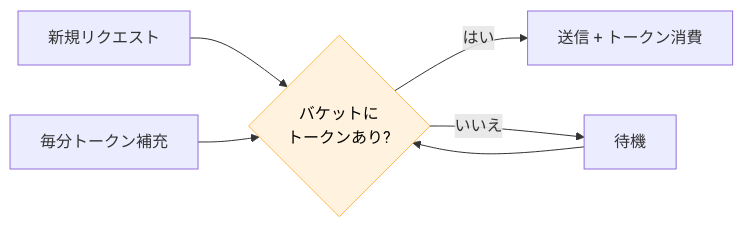
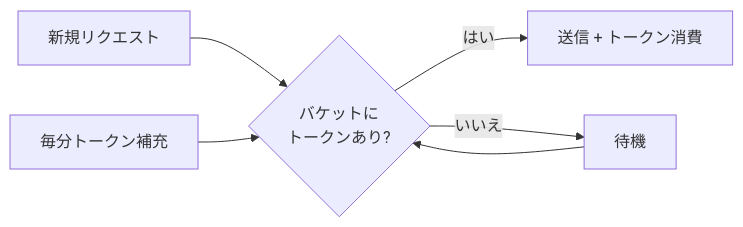
The second of 3 diagrams in docs/tech-notes/llm-api-のレート制限との付き合い方.md (dinekt/dinekt-wiki), drawn with Mermaid before and after one commit. The commit also changed other lines of this file and 70 other files, not shown here.

First line of the commit message:
fix(mermaid): strip all inline styling, rely on theme

````diff
--- a/docs/tech-notes/llm-api-のレート制限との付き合い方.md
+++ b/docs/tech-notes/llm-api-のレート制限との付き合い方.md
@@ -65,10 +64,9 @@
 ```mermaid
 flowchart LR
     R[新規リクエスト] --> B{バケットに<br/>トークンあり?}
     B -->|はい| S[送信 + トークン消費]
     B -->|いいえ| W[待機]
     W --> B
     T[毎分トークン補充] --> B
 
-    style B fill:#fff3e0,stroke:#ffb74d,color:#000
 ```
````
